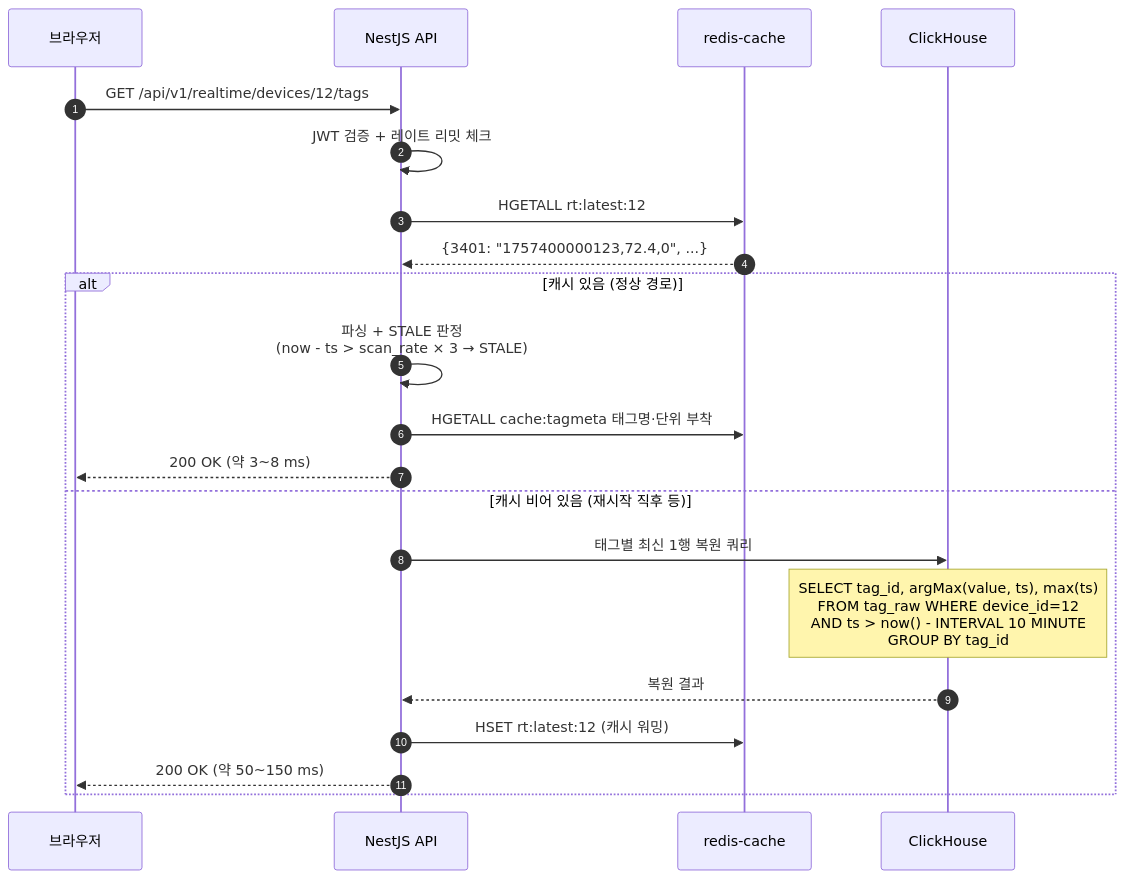
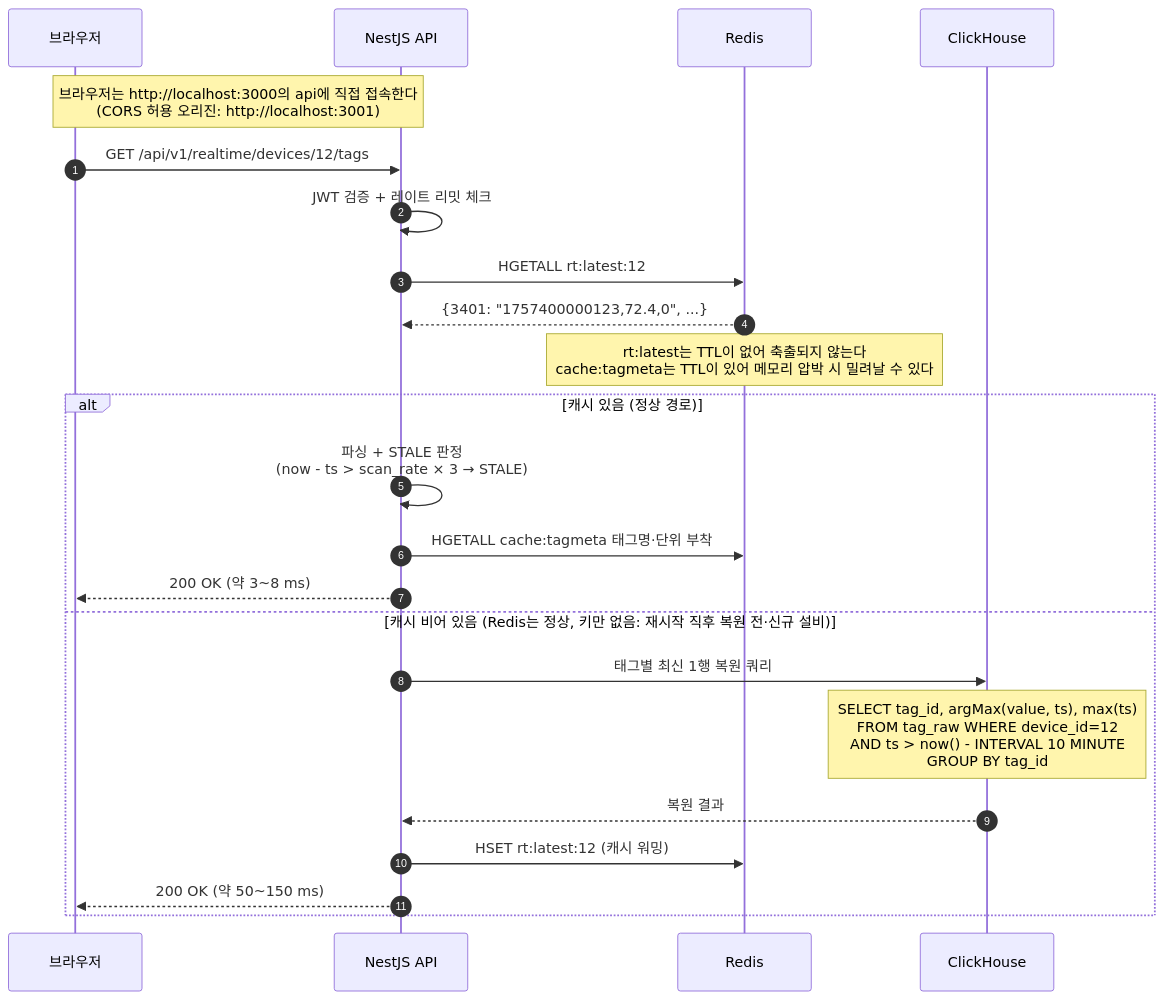
The sixth of 19 diagrams in data_flow.md (jaepil02/db_study), drawn with Mermaid before and after one commit. The commit also changed other lines of this file and 3 other files, not shown here.

````diff
--- a/data_flow.md
+++ b/data_flow.md
@@ -304,25 +323,27 @@
 ```mermaid
 sequenceDiagram
     autonumber
     participant B as 브라우저
     participant API as NestJS API
-    participant RC as redis-cache
+    participant R as Redis
     participant CH as ClickHouse
 
+    Note over B,API: 브라우저는 http://localhost:3000의 api에 직접 접속한다<br/>(CORS 허용 오리진: http://localhost:3001)
     B->>API: GET /api/v1/realtime/devices/12/tags
     API->>API: JWT 검증 + 레이트 리밋 체크
-    API->>RC: HGETALL rt:latest:12
-    RC-->>API: {3401: "1757400000123,72.4,0", ...}
+    API->>R: HGETALL rt:latest:12
+    R-->>API: {3401: "1757400000123,72.4,0", ...}
+    Note over R: rt:latest는 TTL이 없어 축출되지 않는다<br/>cache:tagmeta는 TTL이 있어 메모리 압박 시 밀려날 수 있다
 
     alt 캐시 있음 (정상 경로)
         API->>API: 파싱 + STALE 판정<br/>(now - ts > scan_rate × 3 → STALE)
-        API->>RC: HGETALL cache:tagmeta 태그명·단위 부착
+        API->>R: HGETALL cache:tagmeta 태그명·단위 부착
         API-->>B: 200 OK (약 3~8 ms)
-    else 캐시 비어 있음 (재시작 직후 등)
+    else 캐시 비어 있음 (Redis는 정상, 키만 없음: 재시작 직후 복원 전·신규 설비)
         API->>CH: 태그별 최신 1행 복원 쿼리
         Note over CH: SELECT tag_id, argMax(value, ts), max(ts)<br/>FROM tag_raw WHERE device_id=12<br/>AND ts > now() - INTERVAL 10 MINUTE<br/>GROUP BY tag_id
         CH-->>API: 복원 결과
-        API->>RC: HSET rt:latest:12 (캐시 워밍)
+        API->>R: HSET rt:latest:12 (캐시 워밍)
         API-->>B: 200 OK (약 50~150 ms)
     end
 ```
````
